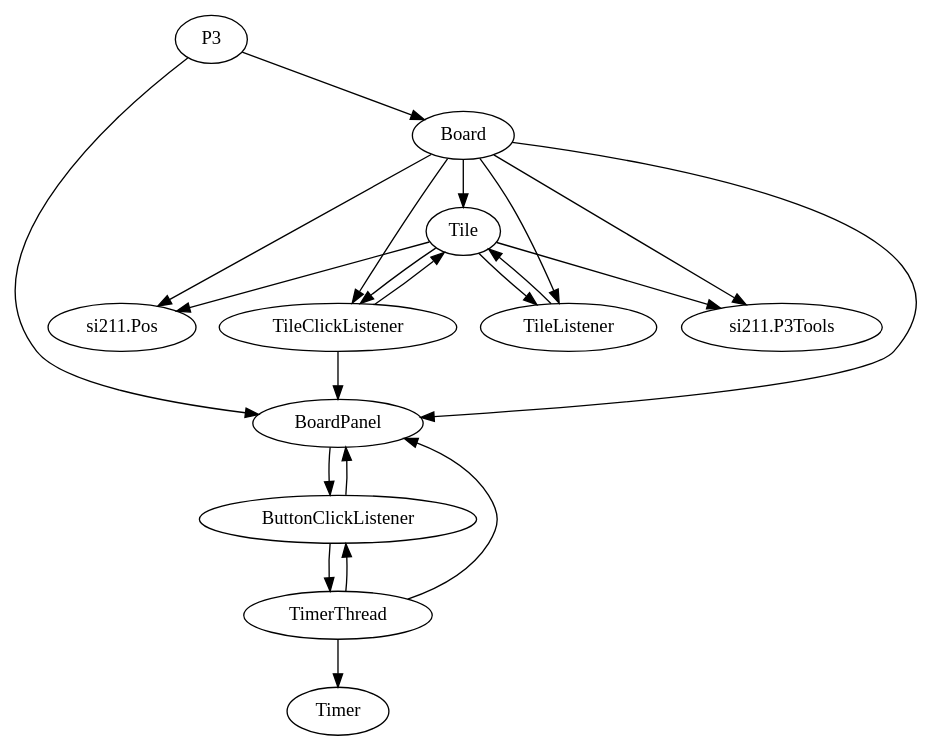
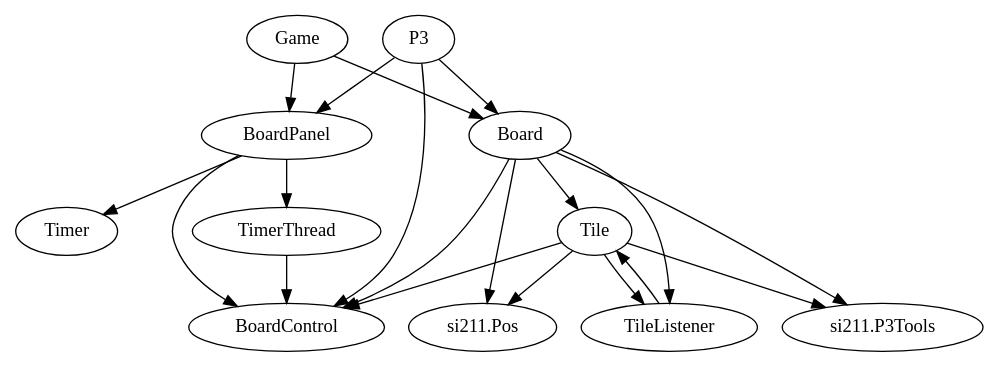
One commit to m285094/si211 changed the diagram in proj03/design.dot. Above: the diagram before and after it, drawn with Graphviz. The commit also changed 19 other files, not shown here.

```diff
--- a/proj03/design.dot
+++ b/proj03/design.dot
@@ -1,23 +1,21 @@
 digraph "Design" {
-"Board" -> "BoardPanel";
+"Board" -> "BoardControl";
 "Board" -> "Tile";
-"Board" -> "TileClickListener";
 "Board" -> "TileListener";
 "Board" -> "si211.P3Tools";
 "Board" -> "si211.Pos";
-"BoardPanel" -> "ButtonClickListener";
-"ButtonClickListener" -> "BoardPanel";
-"ButtonClickListener" -> "TimerThread";
+"BoardPanel" -> "BoardControl";
+"BoardPanel" -> "Timer";
+"BoardPanel" -> "TimerThread";
+"Game" -> "Board";
+"Game" -> "BoardPanel";
 "P3" -> "Board";
+"P3" -> "BoardControl";
 "P3" -> "BoardPanel";
-"Tile" -> "TileClickListener";
+"Tile" -> "BoardControl";
 "Tile" -> "TileListener";
 "Tile" -> "si211.P3Tools";
 "Tile" -> "si211.Pos";
-"TileClickListener" -> "BoardPanel";
-"TileClickListener" -> "Tile";
 "TileListener" -> "Tile";
-"TimerThread" -> "BoardPanel";
-"TimerThread" -> "ButtonClickListener";
-"TimerThread" -> "Timer";
+"TimerThread" -> "BoardControl";
 }
```
